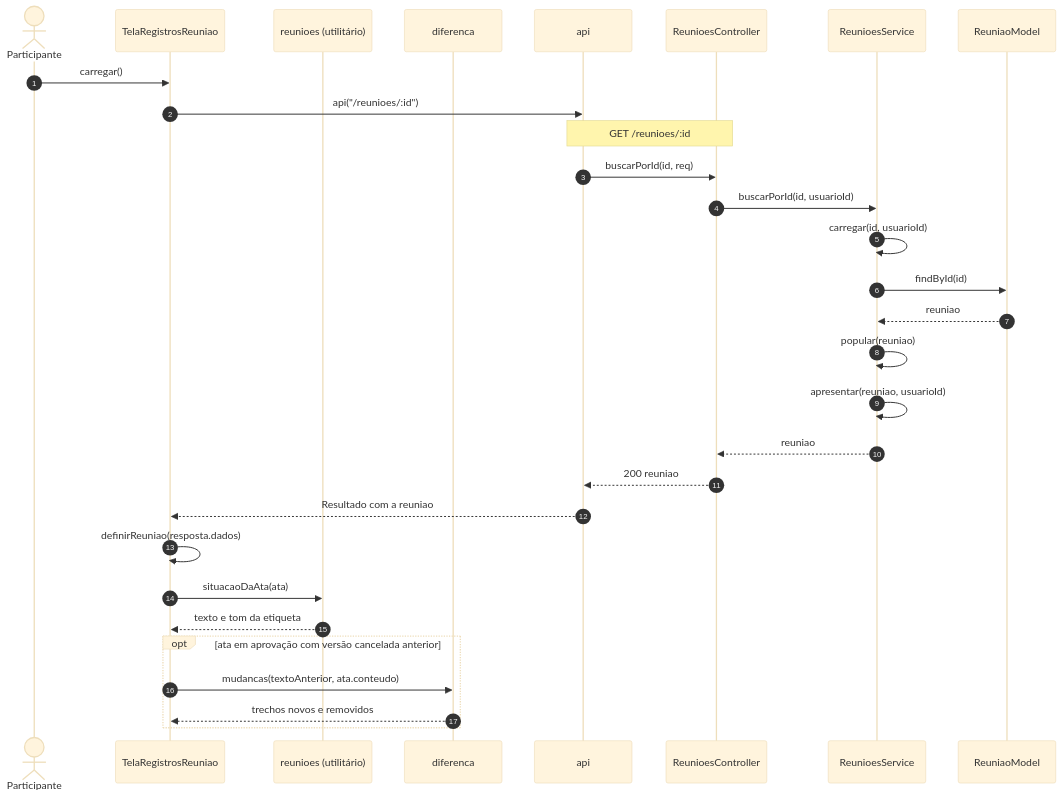
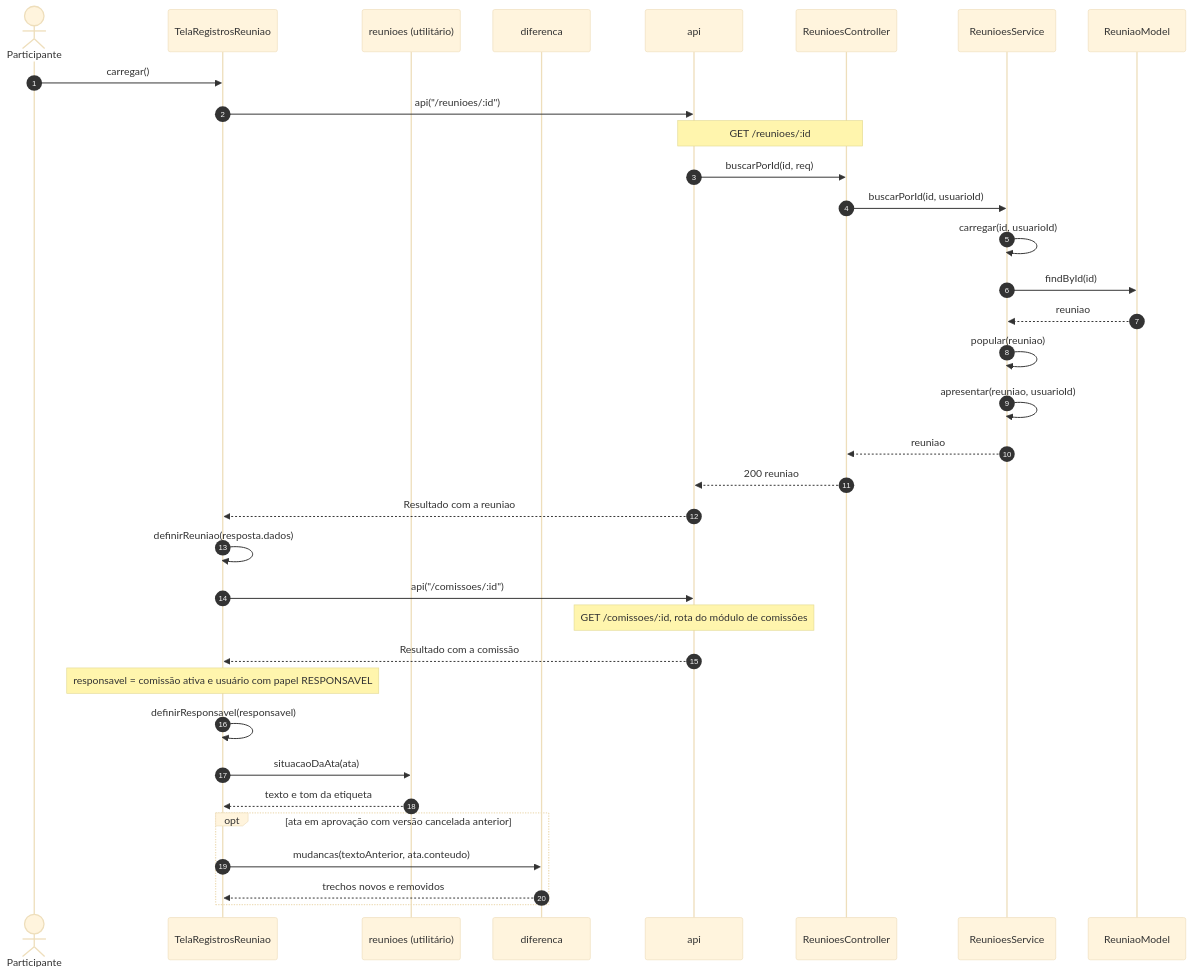
Before and after one commit to Conecta-IFSP/DOCUMENTATION: the seventh of 9 diagrams in 4 - Incremento3/atas/6 - diagramas-sequencia-atas.md, drawn with Mermaid (base theme). The commit also changed other lines of this file and 9 other files, not shown here.

````diff
--- a/4 - Incremento3/atas/6 - diagramas-sequencia-atas.md
+++ b/4 - Incremento3/atas/6 - diagramas-sequencia-atas.md
@@ -261,32 +263,37 @@
 ```mermaid
 sequenceDiagram
     autonumber
     actor U as Participante
     participant T as TelaRegistrosReuniao
     participant R as reunioes (utilitário)
     participant D as diferenca
     participant A as api
     participant C as ReunioesController
     participant S as ReunioesService
     participant M as ReuniaoModel
     U->>T: carregar()
     T->>A: api("/reunioes/:id")
     Note over A,C: GET /reunioes/:id
     A->>C: buscarPorId(id, req)
     C->>S: buscarPorId(id, usuarioId)
     S->>S: carregar(id, usuarioId)
     S->>M: findById(id)
     M-->>S: reuniao
     S->>S: popular(reuniao)
     S->>S: apresentar(reuniao, usuarioId)
     S-->>C: reuniao
     C-->>A: 200 reuniao
     A-->>T: Resultado com a reuniao
     T->>T: definirReuniao(resposta.dados)
+    T->>A: api("/comissoes/:id")
+    Note over A: GET /comissoes/:id, rota do módulo de comissões
+    A-->>T: Resultado com a comissão
+    Note over T: responsavel = comissão ativa e usuário com papel RESPONSAVEL
+    T->>T: definirResponsavel(responsavel)
     T->>R: situacaoDaAta(ata)
     R-->>T: texto e tom da etiqueta
     opt ata em aprovação com versão cancelada anterior
         T->>D: mudancas(textoAnterior, ata.conteudo)
         D-->>T: trechos novos e removidos
     end
 ```
````
